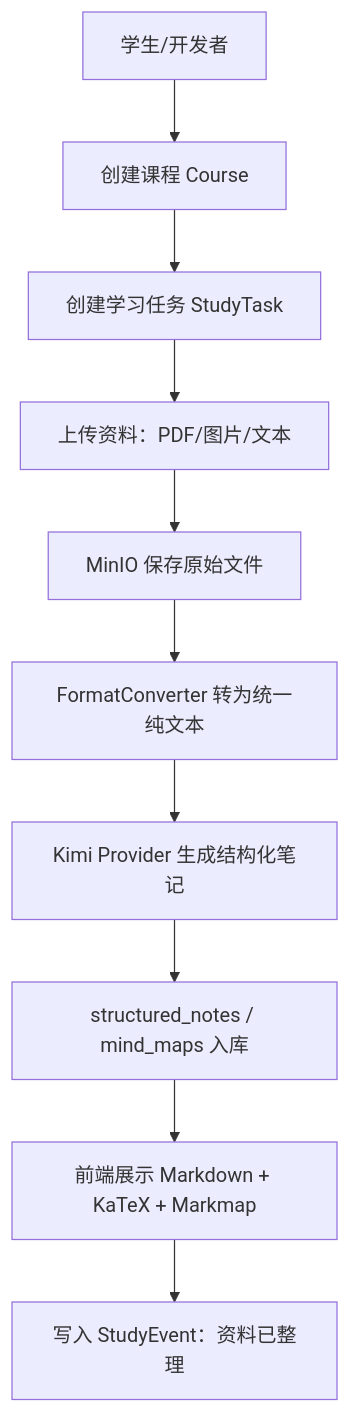
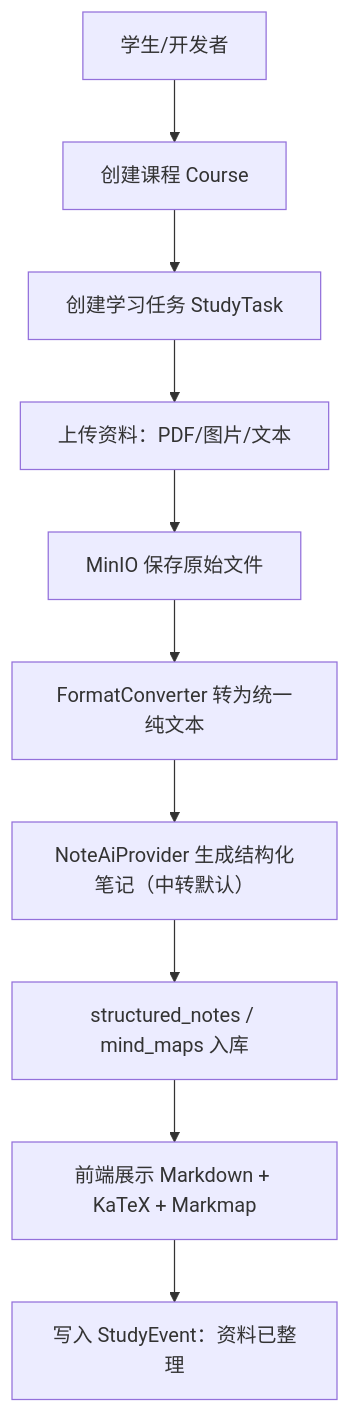
The diagram in docs/08-共同底座架构-Architecture.md (everything-is-simple/ai-studybuddy), drawn with Mermaid before and after one commit. The commit also changed other lines of this file and 1 other file, not shown here.

````diff
--- a/docs/08-共同底座架构-Architecture.md
+++ b/docs/08-共同底座架构-Architecture.md
@@ -28,12 +28,12 @@
 ```mermaid
 flowchart TD
   A["学生/开发者"] --> B["创建课程 Course"]
   B --> C["创建学习任务 StudyTask"]
   C --> D["上传资料：PDF/图片/文本"]
   D --> E["MinIO 保存原始文件"]
   E --> F["FormatConverter 转为统一纯文本"]
-  F --> G["Kimi Provider 生成结构化笔记"]
+  F --> G["NoteAiProvider 生成结构化笔记（中转默认）"]
   G --> H["structured_notes / mind_maps 入库"]
   H --> I["前端展示 Markdown + KaTeX + Markmap"]
   I --> J["写入 StudyEvent：资料已整理"]
 ```
````
